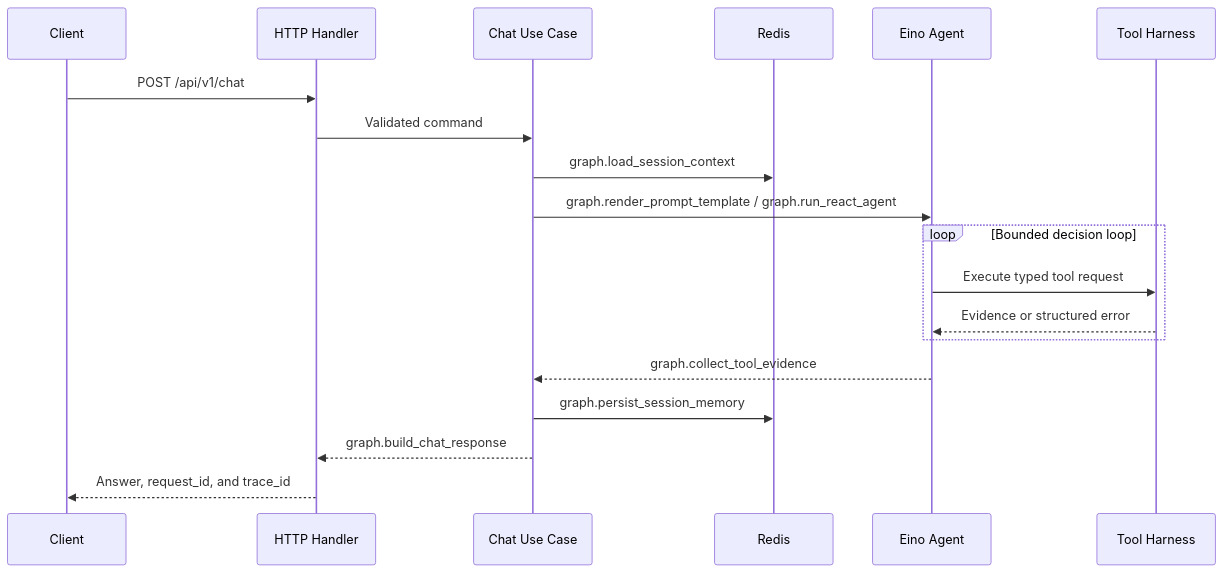
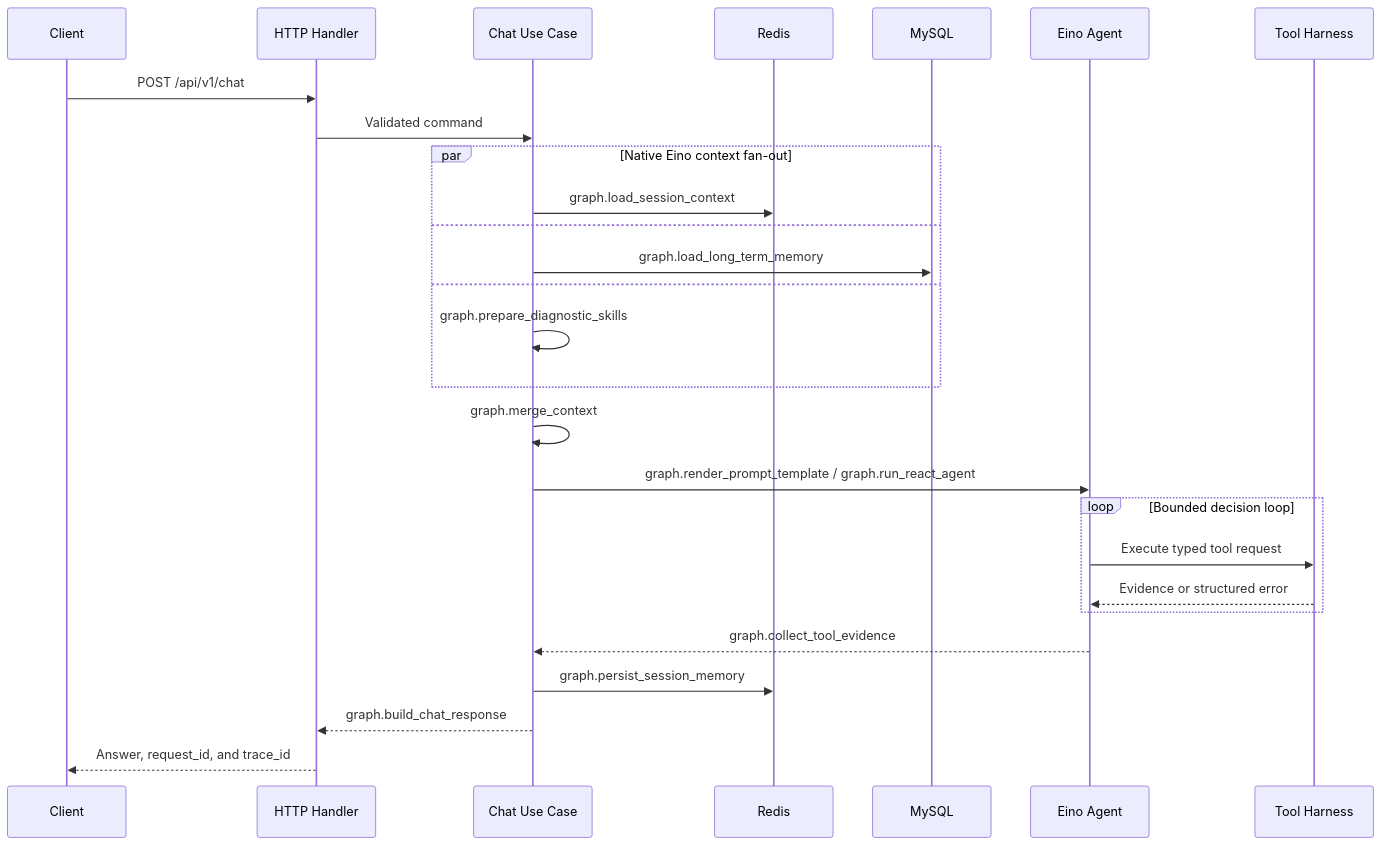
The third of 3 diagrams in docs/ARCHITECTURE.md (jiawei-wang-dev/WatchOps-Lite), drawn with Mermaid before and after one commit. The commit also changed other lines of this file and 7 other files, not shown here.

Commit message:
refactor: use parallel Eino context branches

````diff
--- a/docs/ARCHITECTURE.md
+++ b/docs/ARCHITECTURE.md
@@ -124,22 +129,30 @@
 ```mermaid
 sequenceDiagram
     participant C as Client
     participant H as HTTP Handler
     participant A as Chat Use Case
     participant R as Redis
+    participant M as MySQL
     participant G as Eino Agent
     participant T as Tool Harness
 
     C->>H: POST /api/v1/chat
     H->>A: Validated command
-    A->>R: graph.load_session_context
+    par Native Eino context fan-out
+        A->>R: graph.load_session_context
+    and
+        A->>M: graph.load_long_term_memory
+    and
+        A->>A: graph.prepare_diagnostic_skills
+    end
+    A->>A: graph.merge_context
     A->>G: graph.render_prompt_template / graph.run_react_agent
     loop Bounded decision loop
         G->>T: Execute typed tool request
         T-->>G: Evidence or structured error
     end
     G-->>A: graph.collect_tool_evidence
     A->>R: graph.persist_session_memory
     A-->>H: graph.build_chat_response
     H-->>C: Answer, request_id, and trace_id
 ```
````
